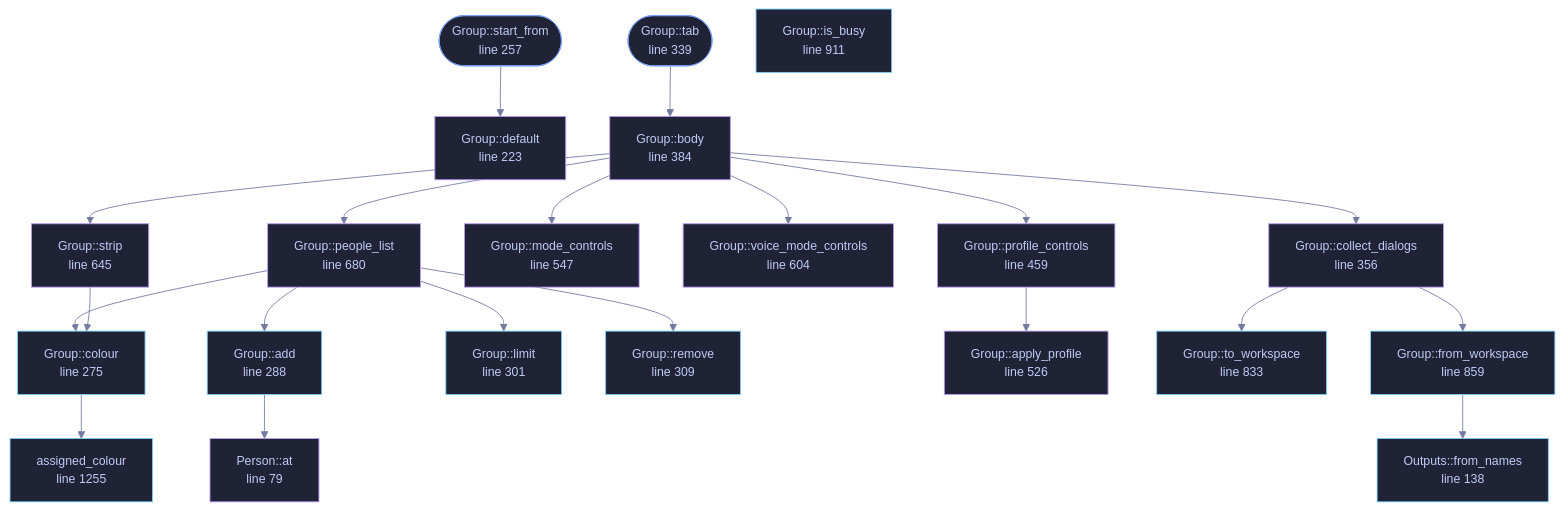
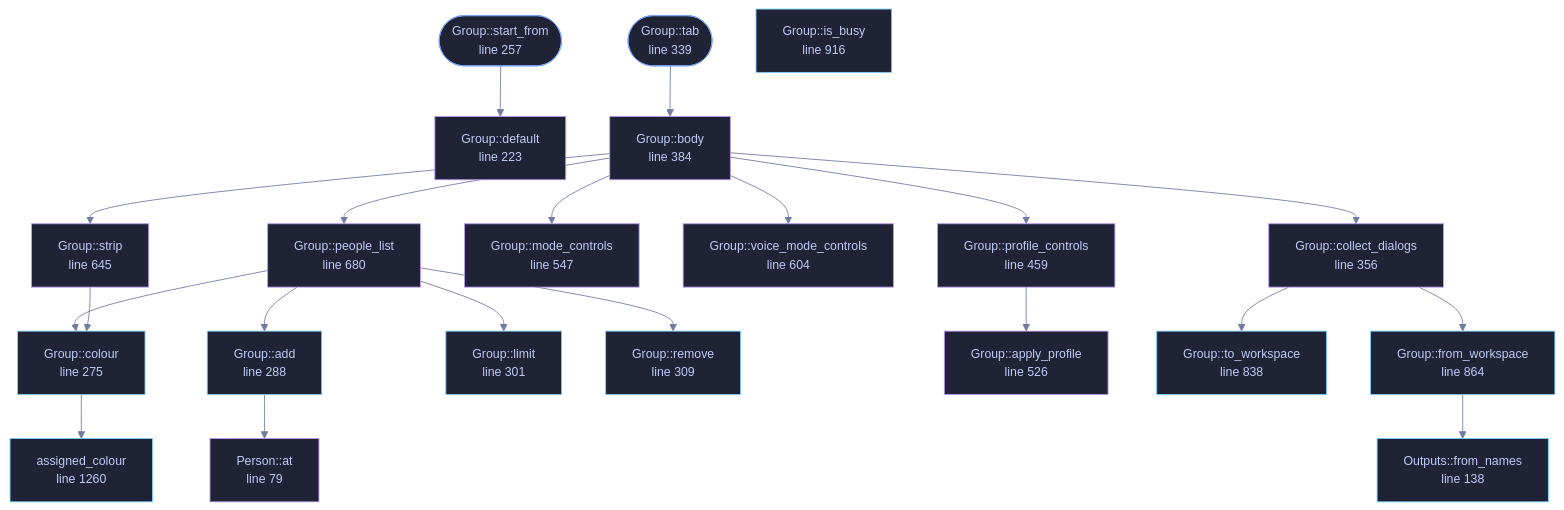
The diagram in docs/files/veilvoice-gui/group.md (tilas01/veilvoice), drawn with Mermaid before and after one commit. The commit also changed other lines of this file and 131 other files, not shown here.

````diff
--- a/docs/files/veilvoice-gui/group.md
+++ b/docs/files/veilvoice-gui/group.md
@@ -125,73 +125,73 @@
 ```mermaid
 %%{init: {"theme":"base","themeVariables":{"background":"#1a1b26","primaryColor":"#1f2335","primaryTextColor":"#c0caf5","primaryBorderColor":"#7aa2f7","secondaryColor":"#16161e","tertiaryColor":"#16161e","lineColor":"#737aa2","textColor":"#c0caf5","mainBkg":"#1f2335","nodeBorder":"#7aa2f7","clusterBkg":"#16161e","clusterBorder":"#2f3549","fontFamily":"ui-monospace, SFMono-Regular, Consolas, monospace","fontSize":"14px"}}}%%
 flowchart TD
     n_at["Person::at<br/>line 79"]
     n_default["Outputs::default<br/>line 103"]
     n_from_names["Outputs::from_names<br/>line 138"]
     n_default["Group::default<br/>line 223"]
     n_start_from(["Group::start_from<br/>line 257"])
     n_colour["Group::colour<br/>line 275"]
     n_add["Group::add<br/>line 288"]
     n_limit["Group::limit<br/>line 301"]
     n_remove["Group::remove<br/>line 309"]
     n_tab(["Group::tab<br/>line 339"])
     n_collect_dialogs["Group::collect_dialogs<br/>line 356"]
     n_body["Group::body<br/>line 384"]
     n_profile_controls["Group::profile_controls<br/>line 459"]
     n_apply_profile["Group::apply_profile<br/>line 526"]
     n_mode_controls["Group::mode_controls<br/>line 547"]
     n_voice_mode_controls["Group::voice_mode_controls<br/>line 604"]
     n_strip["Group::strip<br/>line 645"]
     n_people_list["Group::people_list<br/>line 680"]
-    n_to_workspace["Group::to_workspace<br/>line 833"]
-    n_from_workspace["Group::from_workspace<br/>line 859"]
-    n_is_busy["Group::is_busy<br/>line 911"]
-    n_assigned_colour["assigned_colour<br/>line 1255"]
+    n_to_workspace["Group::to_workspace<br/>line 838"]
+    n_from_workspace["Group::from_workspace<br/>line 864"]
+    n_is_busy["Group::is_busy<br/>line 916"]
+    n_assigned_colour["assigned_colour<br/>line 1260"]
     n_add --> n_at
     n_body --> n_collect_dialogs
     n_body --> n_mode_controls
     n_body --> n_people_list
     n_body --> n_profile_controls
     n_body --> n_strip
     n_body --> n_voice_mode_controls
     n_collect_dialogs --> n_from_workspace
     n_collect_dialogs --> n_to_workspace
     n_colour --> n_assigned_colour
     n_from_workspace --> n_from_names
     n_people_list --> n_add
     n_people_list --> n_colour
     n_people_list --> n_limit
     n_people_list --> n_remove
     n_profile_controls --> n_apply_profile
     n_start_from --> n_default
     n_strip --> n_colour
     n_tab --> n_body
     click n_at href "https://github.com/tilas01/veilvoice/blob/main/crates/veilvoice-gui/src/group.rs#L79" "open the source"
     click n_default href "https://github.com/tilas01/veilvoice/blob/main/crates/veilvoice-gui/src/group.rs#L103" "open the source"
     click n_from_names href "https://github.com/tilas01/veilvoice/blob/main/crates/veilvoice-gui/src/group.rs#L138" "open the source"
     click n_default href "https://github.com/tilas01/veilvoice/blob/main/crates/veilvoice-gui/src/group.rs#L223" "open the source"
     click n_start_from href "https://github.com/tilas01/veilvoice/blob/main/crates/veilvoice-gui/src/group.rs#L257" "open the source"
     click n_colour href "https://github.com/tilas01/veilvoice/blob/main/crates/veilvoice-gui/src/group.rs#L275" "open the source"
     click n_add href "https://github.com/tilas01/veilvoice/blob/main/crates/veilvoice-gui/src/group.rs#L288" "open the source"
     click n_limit href "https://github.com/tilas01/veilvoice/blob/main/crates/veilvoice-gui/src/group.rs#L301" "open the source"
     click n_remove href "https://github.com/tilas01/veilvoice/blob/main/crates/veilvoice-gui/src/group.rs#L309" "open the source"
     click n_tab href "https://github.com/tilas01/veilvoice/blob/main/crates/veilvoice-gui/src/group.rs#L339" "open the source"
     click n_collect_dialogs href "https://github.com/tilas01/veilvoice/blob/main/crates/veilvoice-gui/src/group.rs#L356" "open the source"
     click n_body href "https://github.com/tilas01/veilvoice/blob/main/crates/veilvoice-gui/src/group.rs#L384" "open the source"
     click n_profile_controls href "https://github.com/tilas01/veilvoice/blob/main/crates/veilvoice-gui/src/group.rs#L459" "open the source"
     click n_apply_profile href "https://github.com/tilas01/veilvoice/blob/main/crates/veilvoice-gui/src/group.rs#L526" "open the source"
     click n_mode_controls href "https://github.com/tilas01/veilvoice/blob/main/crates/veilvoice-gui/src/group.rs#L547" "open the source"
     click n_voice_mode_controls href "https://github.com/tilas01/veilvoice/blob/main/crates/veilvoice-gui/src/group.rs#L604" "open the source"
     click n_strip href "https://github.com/tilas01/veilvoice/blob/main/crates/veilvoice-gui/src/group.rs#L645" "open the source"
     click n_people_list href "https://github.com/tilas01/veilvoice/blob/main/crates/veilvoice-gui/src/group.rs#L680" "open the source"
-    click n_to_workspace href "https://github.com/tilas01/veilvoice/blob/main/crates/veilvoice-gui/src/group.rs#L833" "open the source"
-    click n_from_workspace href "https://github.com/tilas01/veilvoice/blob/main/crates/veilvoice-gui/src/group.rs#L859" "open the source"
-    click n_is_busy href "https://github.com/tilas01/veilvoice/blob/main/crates/veilvoice-gui/src/group.rs#L911" "open the source"
-    click n_assigned_colour href "https://github.com/tilas01/veilvoice/blob/main/crates/veilvoice-gui/src/group.rs#L1255" "open the source"
+    click n_to_workspace href "https://github.com/tilas01/veilvoice/blob/main/crates/veilvoice-gui/src/group.rs#L838" "open the source"
+    click n_from_workspace href "https://github.com/tilas01/veilvoice/blob/main/crates/veilvoice-gui/src/group.rs#L864" "open the source"
+    click n_is_busy href "https://github.com/tilas01/veilvoice/blob/main/crates/veilvoice-gui/src/group.rs#L916" "open the source"
+    click n_assigned_colour href "https://github.com/tilas01/veilvoice/blob/main/crates/veilvoice-gui/src/group.rs#L1260" "open the source"
     classDef entry fill:#1f2335,stroke:#7aa2f7,color:#c0caf5
     class n_start_from,n_tab entry
     classDef api fill:#1f2335,stroke:#7dcfff,color:#c0caf5
     class n_from_names,n_colour,n_add,n_limit,n_remove,n_to_workspace,n_from_workspace,n_is_busy,n_assigned_colour api
     classDef helper fill:#1f2335,stroke:#bb9af7,color:#c0caf5
     class n_at,n_default,n_default,n_collect_dialogs,n_body,n_profile_controls,n_apply_profile,n_mode_controls,n_voice_mode_controls,n_strip,n_people_list helper
 ```
````
